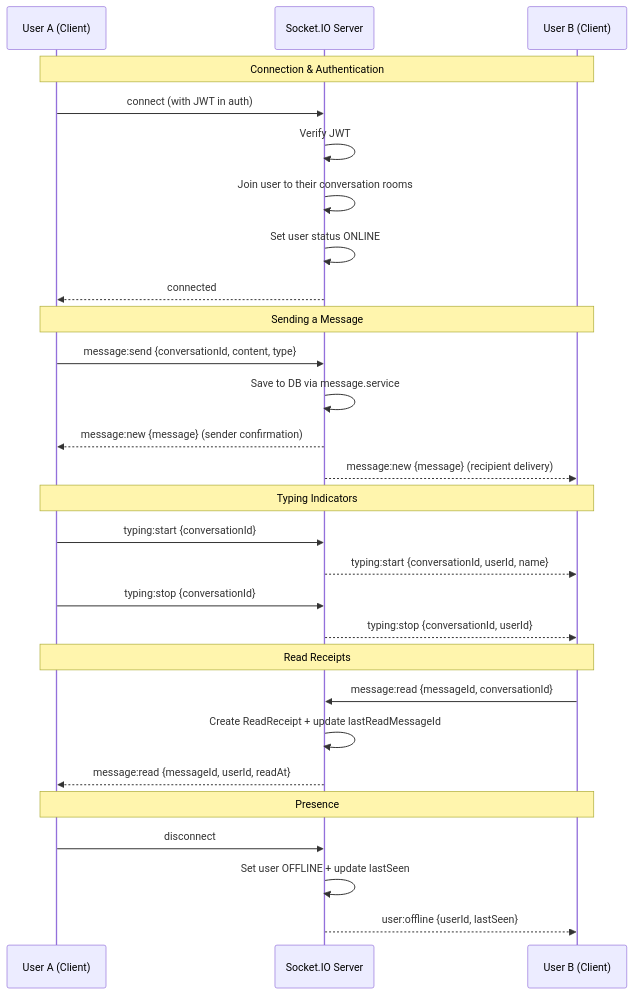
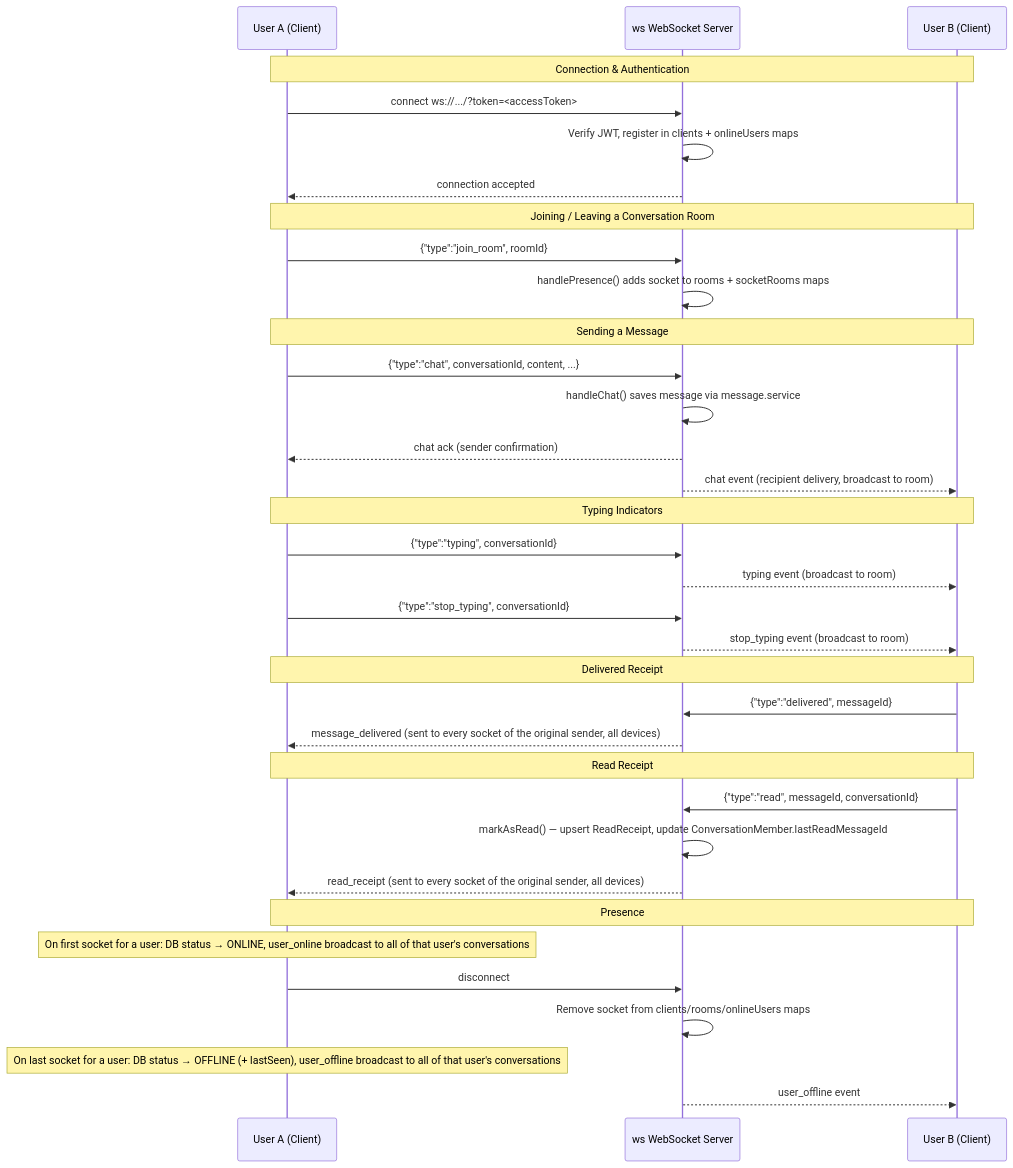
Before and after one commit to TridibeshSam31/messaging-platform: the third of 5 diagrams in Readme.md, drawn with Mermaid. The commit also changed other lines of this file, not shown here.

First line of the commit message:
Revise README for backend updates and WebSocket layer

````diff
--- a/Readme.md
+++ b/Readme.md
@@ -141,35 +145,43 @@
 ```mermaid
 sequenceDiagram
     participant A as User A (Client)
-    participant S as Socket.IO Server
+    participant S as ws WebSocket Server
     participant B as User B (Client)
 
     Note over A,B: Connection & Authentication
-    A->>S: connect (with JWT in auth)
-    S->>S: Verify JWT
-    S->>S: Join user to their conversation rooms
-    S->>S: Set user status ONLINE
-    S-->>A: connected
+    A->>S: connect ws://.../?token=<accessToken>
+    S->>S: Verify JWT, register in clients + onlineUsers maps
+    S-->>A: connection accepted
+
+    Note over A,B: Joining / Leaving a Conversation Room
+    A->>S: {"type":"join_room", roomId}
+    S->>S: handlePresence() adds socket to rooms + socketRooms maps
 
     Note over A,B: Sending a Message
-    A->>S: message:send {conversationId, content, type}
-    S->>S: Save to DB via message.service
-    S-->>A: message:new {message} (sender confirmation)
-    S-->>B: message:new {message} (recipient delivery)
+    A->>S: {"type":"chat", conversationId, content, ...}
+    S->>S: handleChat() saves message via message.service
+    S-->>A: chat ack (sender confirmation)
+    S-->>B: chat event (recipient delivery, broadcast to room)
 
     Note over A,B: Typing Indicators
-    A->>S: typing:start {conversationId}
-    S-->>B: typing:start {conversationId, userId, name}
-    A->>S: typing:stop {conversationId}
-    S-->>B: typing:stop {conversationId, userId}
+    A->>S: {"type":"typing", conversationId}
+    S-->>B: typing event (broadcast to room)
+    A->>S: {"type":"stop_typing", conversationId}
+    S-->>B: stop_typing event (broadcast to room)
 
-    Note over A,B: Read Receipts
-    B->>S: message:read {messageId, conversationId}
-    S->>S: Create ReadReceipt + update lastReadMessageId
-    S-->>A: message:read {messageId, userId, readAt}
+    Note over A,B: Delivered Receipt
+    B->>S: {"type":"delivered", messageId}
+    S-->>A: message_delivered (sent to every socket of the original sender, all devices)
+
+    Note over A,B: Read Receipt
+    B->>S: {"type":"read", messageId, conversationId}
+    S->>S: markAsRead() — upsert ReadReceipt, update ConversationMember.lastReadMessageId
+    S-->>A: read_receipt (sent to every socket of the original sender, all devices)
 
     Note over A,B: Presence
+    Note over A: On first socket for a user: DB status → ONLINE, user_online broadcast to all of that user's conversations
     A->>S: disconnect
-    S->>S: Set user OFFLINE + update lastSeen
-    S-->>B: user:offline {userId, lastSeen}
+    S->>S: Remove socket from clients/rooms/onlineUsers maps
+    Note over A: On last socket for a user: DB status → OFFLINE (+ lastSeen), user_offline broadcast to all of that user's conversations
+    S-->>B: user_offline event
 ```
````
